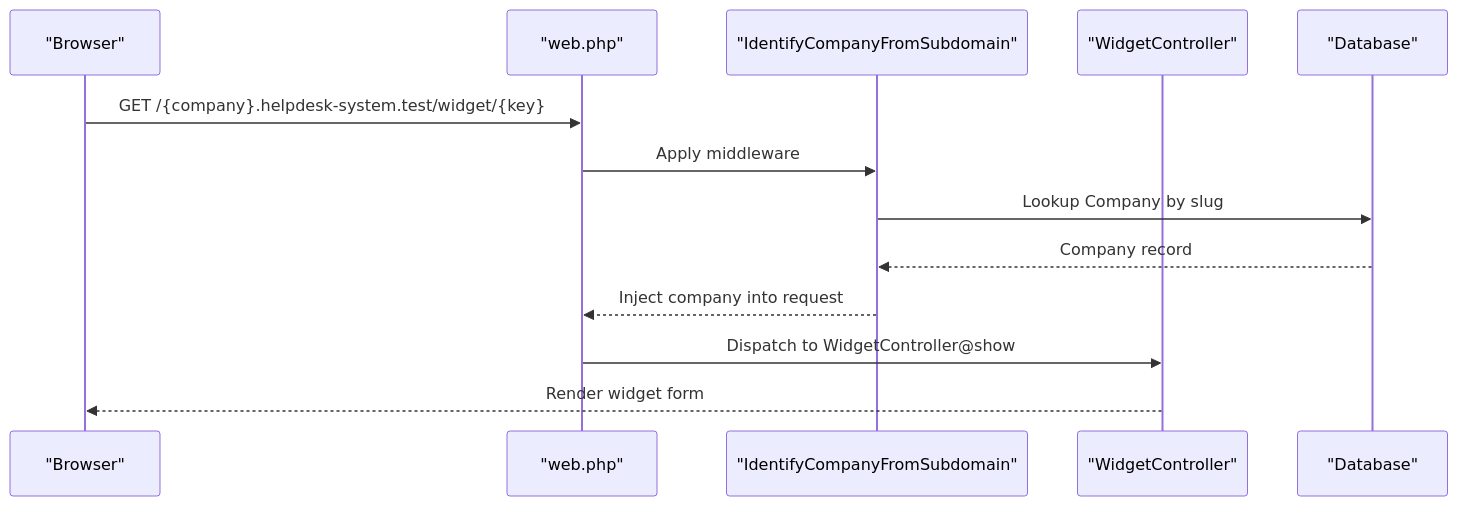
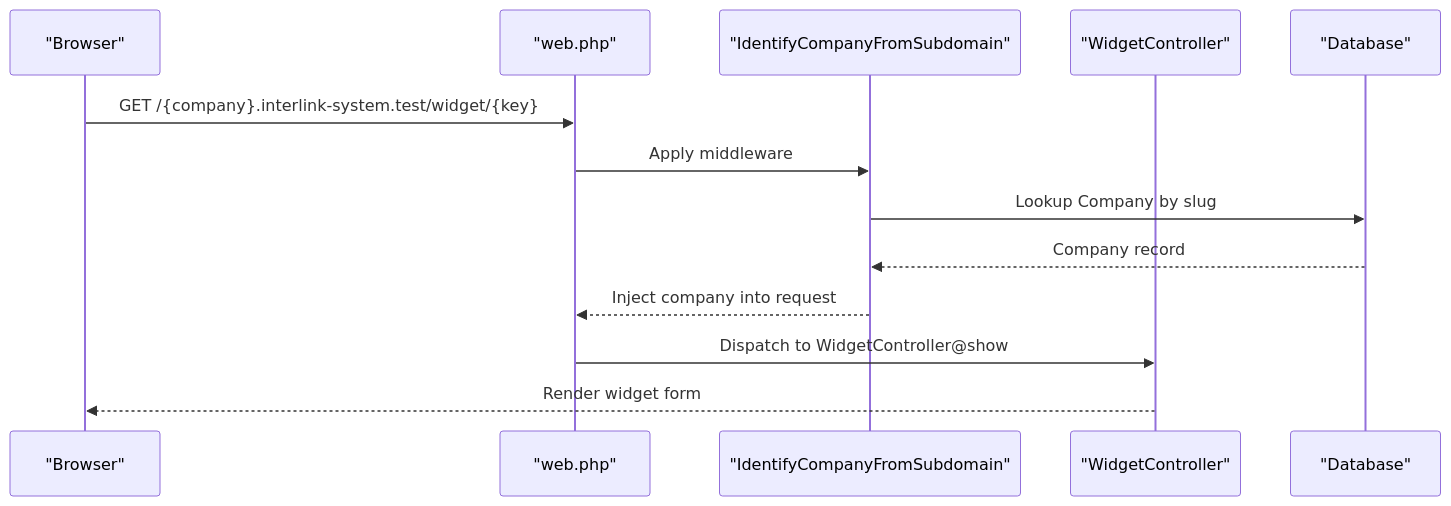
The third of 9 diagrams in .qoder/repowiki/en/content/Project Overview/Project Overview.md (younesgamer68/Internship-management-Platforme), drawn with Mermaid before and after one commit. The commit also changed other lines of this file and 175 other files, not shown here.

````diff
--- a/.qoder/repowiki/en/content/Project Overview/Project Overview.md
+++ b/.qoder/repowiki/en/content/Project Overview/Project Overview.md
@@ -147,15 +147,15 @@
 ```mermaid
 sequenceDiagram
 participant Browser as "Browser"
 participant Routes as "web.php"
 participant MW as "IdentifyCompanyFromSubdomain"
 participant Ctrl as "WidgetController"
 participant DB as "Database"
-Browser->>Routes : GET /{company}.helpdesk-system.test/widget/{key}
+Browser->>Routes : GET /{company}.interlink-system.test/widget/{key}
 Routes->>MW : Apply middleware
 MW->>DB : Lookup Company by slug
 DB-->>MW : Company record
 MW-->>Routes : Inject company into request
 Routes->>Ctrl : Dispatch to WidgetController@show
 Ctrl-->>Browser : Render widget form
 ```
````
